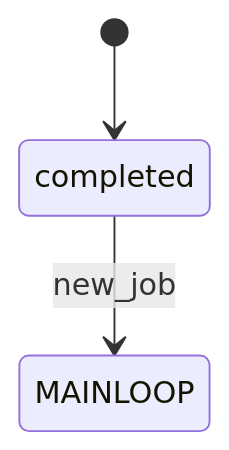
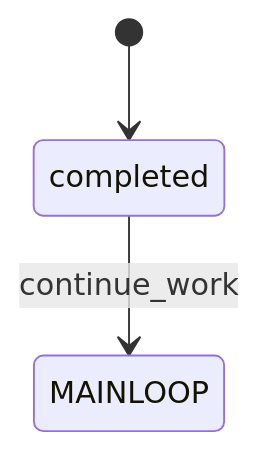
The diagram in docs/fsm-diagrams/simple_worker/COMPLETION.mermaid (sheikkinen/statemachine-engine), drawn with Mermaid before and after one commit. The commit also changed 5 other files, not shown here.

```diff
--- a/docs/fsm-diagrams/simple_worker/COMPLETION.mermaid
+++ b/docs/fsm-diagrams/simple_worker/COMPLETION.mermaid
@@ -1,13 +1,13 @@
 stateDiagram-v2
     %% Detailed view of COMPLETION
 
     [*] --> completed
 
     %% Internal transitions
 
     %% External composites
     state INITIALIZATION
     state MAINLOOP
 
     %% Transitions to other composites
-    completed --> MAINLOOP : new_job
+    completed --> MAINLOOP : continue_work
```
